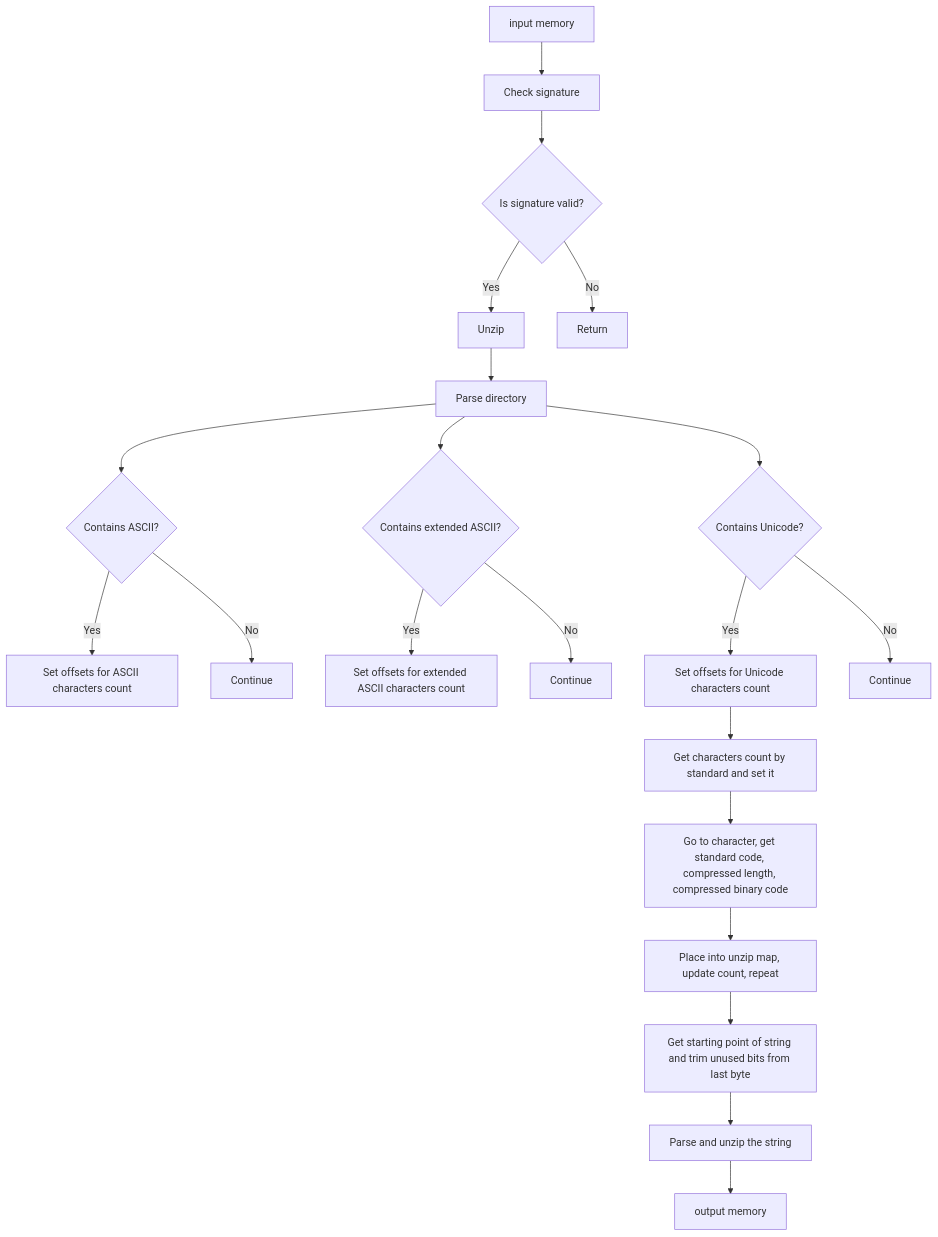
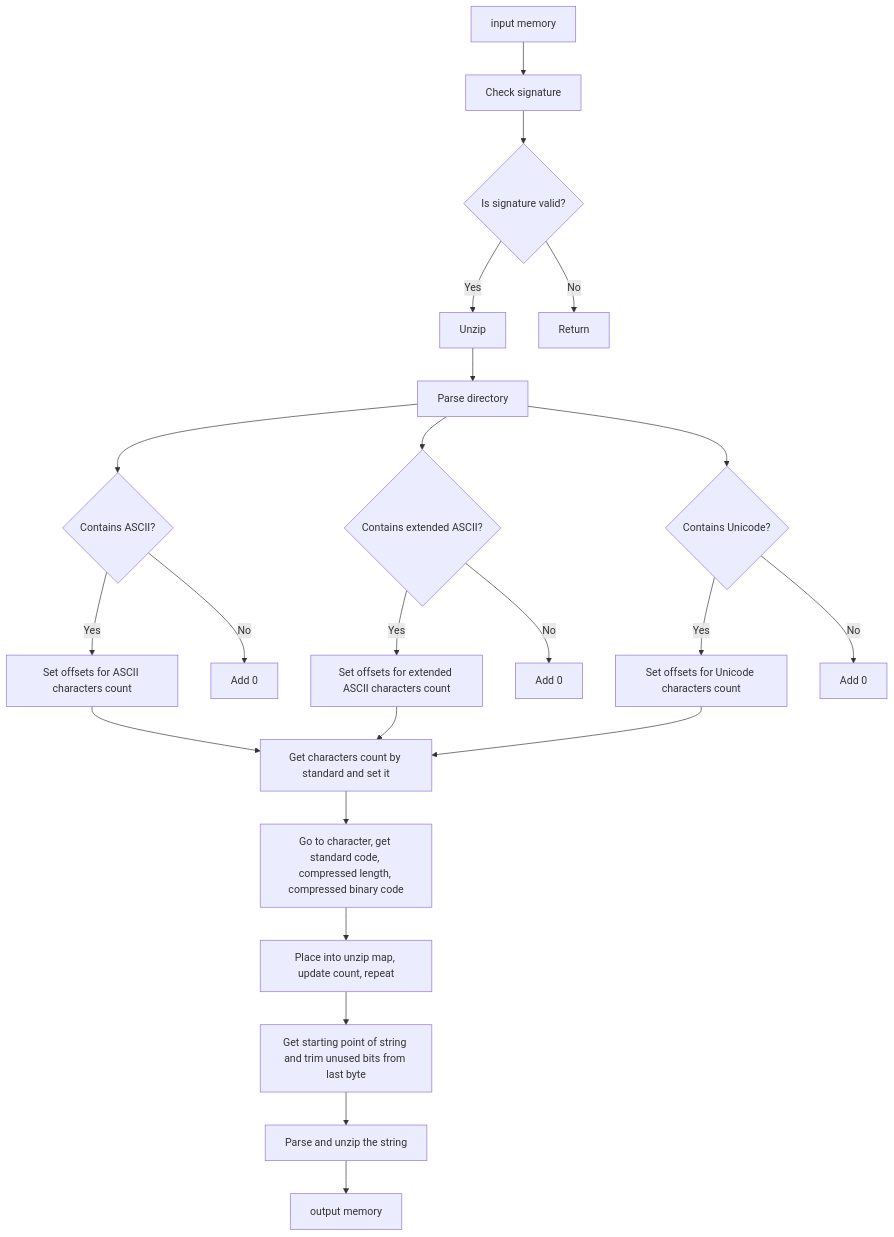
One commit to dothedada/filemakerrrr changed the second of 4 diagrams in README.md. Above: the diagram before and after it, drawn with Mermaid.

Commit message:
Ajuste mermaid

````diff
--- a/README.md
+++ b/README.md
@@ -149,27 +149,29 @@
 ```mermaid
 flowchart TD
     A[input memory] --> B[Check signature]
     B --> C{Is signature valid?}
     C -- Yes --> D[Unzip]
     C -- No --> E[Return]
 
     D --> F[Parse directory]
     F --> G{Contains ASCII?}
     G -- Yes --> H[Set offsets for ASCII characters count]
-    G -- No --> I[Continue]
+    G -- No --> I[Add 0]
+    H --> P[Get characters count by standard and set it]
 
     F --> J{Contains extended ASCII?}
     J -- Yes --> K[Set offsets for extended ASCII characters count]
-    J -- No --> L[Continue]
+    J -- No --> L[Add 0]
+    K --> P[Get characters count by standard and set it]
 
     F --> M{Contains Unicode?}
     M -- Yes --> N[Set offsets for Unicode characters count]
-    M -- No --> O[Continue]
+    M -- No --> O[Add 0]
     N --> P[Get characters count by standard and set it]
 
     P --> Q[Go to character, get standard code, compressed length, compressed binary code]
     Q --> R[Place into unzip map, update count, repeat]
     R --> S[Get starting point of string and trim unused bits from last byte]
     S --> T[Parse and unzip the string]
     T --> U[output memory]
 ```
````
